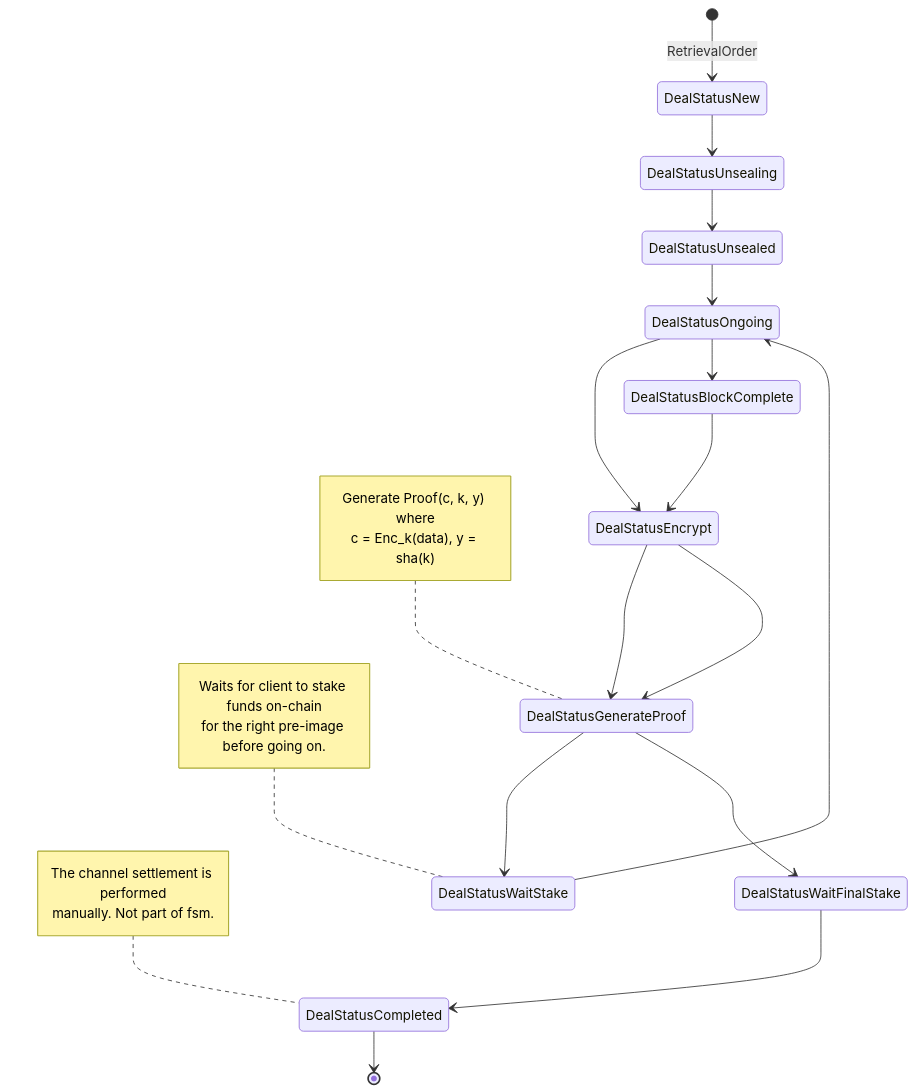
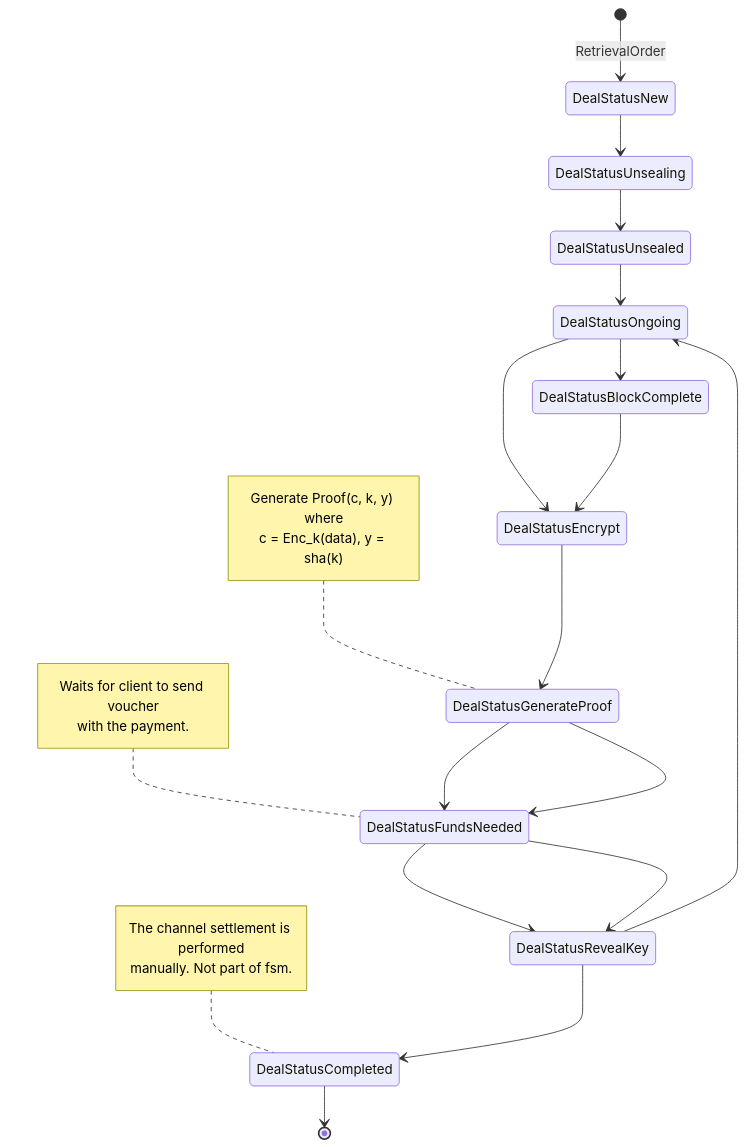
One commit to adlrocha/go-fil-markets changed the second of 2 diagrams in docs/rfcs/zkcp-per-chunk.md. Above: the diagram before and after it, drawn with Mermaid. The commit also changed other lines of this file and 6 other files, not shown here.

````diff
--- a/docs/rfcs/zkcp-per-chunk.md
+++ b/docs/rfcs/zkcp-per-chunk.md
@@ -56,30 +53,31 @@
 ```mermaid
 stateDiagram-v2
 [*] --> DealStatusNew: RetrievalOrder
 DealStatusNew --> DealStatusUnsealing
 DealStatusUnsealing --> DealStatusUnsealed
 DealStatusUnsealed --> DealStatusOngoing
 DealStatusOngoing --> DealStatusEncrypt
 DealStatusEncrypt --> DealStatusGenerateProof
-DealStatusGenerateProof --> DealStatusWaitStake
-DealStatusWaitStake --> DealStatusOngoing
-note left of DealStatusWaitStake
-Waits for client to stake funds on-chain
-for the right pre-image before going on.
+DealStatusGenerateProof --> DealStatusFundsNeeded
+DealStatusFundsNeeded --> DealStatusRevealKey
+DealStatusRevealKey --> DealStatusOngoing
+note left of DealStatusFundsNeeded
+Waits for client to send voucher
+with the payment. 
 end note
 note left of DealStatusGenerateProof
 Generate Proof(c, k, y) where
 c = Enc_k(data), y = sha(k)
 end note
 DealStatusOngoing --> DealStatusBlockComplete
 DealStatusBlockComplete --> DealStatusEncrypt
-DealStatusEncrypt --> DealStatusGenerateProof
-DealStatusGenerateProof --> DealStatusWaitFinalStake
-DealStatusWaitFinalStake --> DealStatusCompleted
+DealStatusGenerateProof --> DealStatusFundsNeeded
+DealStatusFundsNeeded --> DealStatusRevealKey
+DealStatusRevealKey --> DealStatusCompleted
 DealStatusCompleted --> [*]
 
 note left of DealStatusCompleted
 The channel settlement is performed
 manually. Not part of fsm.
 end note
 ```
````
